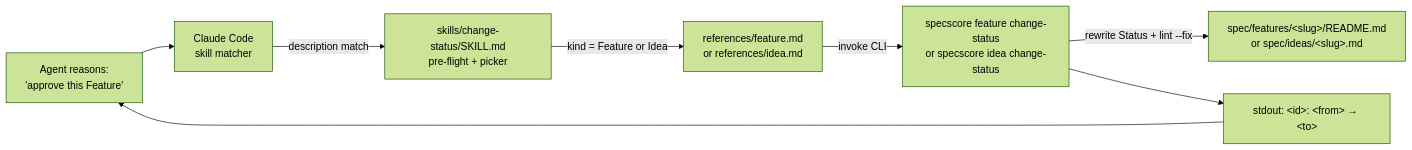
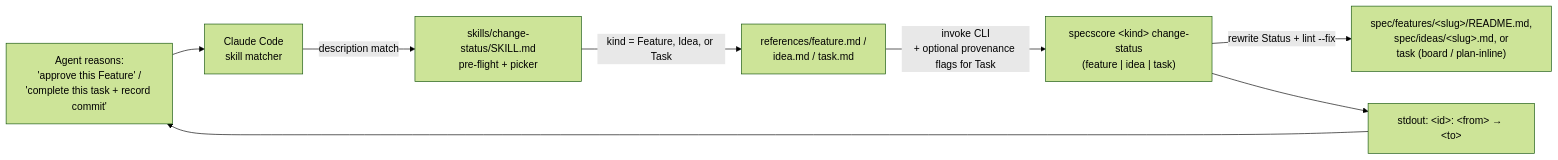
The diagram in spec/features/lifecycle-status-skill/README.md (specscore/ai-plugin-specscore), drawn with Mermaid (forest theme) before and after one commit. The commit also changed other lines of this file and 5 other files, not shown here.

First line of the commit message:
change-status skill: Task-kind dispatch + lifecycle-status-skill spec (#12)

````diff
--- a/spec/features/lifecycle-status-skill/README.md
+++ b/spec/features/lifecycle-status-skill/README.md
@@ -119,18 +122,18 @@
 ```mermaid
 graph LR
-    A["Agent reasons:<br/>'approve this Feature'"]
+    A["Agent reasons:<br/>'approve this Feature' /<br/>'complete this task + record commit'"]
     B["Claude Code<br/>skill matcher"]
     C["skills/change-status/SKILL.md<br/>pre-flight + picker"]
-    D["references/feature.md<br/>or references/idea.md"]
-    E["specscore feature change-status<br/>or specscore idea change-status"]
-    F["spec/features/&lt;slug&gt;/README.md<br/>or spec/ideas/&lt;slug&gt;.md"]
+    D["references/feature.md /<br/>idea.md / task.md"]
+    E["specscore &lt;kind&gt; change-status<br/>(feature | idea | task)"]
+    F["spec/features/&lt;slug&gt;/README.md,<br/>spec/ideas/&lt;slug&gt;.md, or<br/>task (board / plan-inline)"]
     G["stdout: &lt;id&gt;: &lt;from&gt; → &lt;to&gt;"]
 
     A --> B
     B -->|description match| C
-    C -->|kind = Feature or Idea| D
-    D -->|invoke CLI| E
+    C -->|kind = Feature, Idea, or Task| D
+    D -->|invoke CLI<br/>+ optional provenance flags for Task| E
     E -->|rewrite Status + lint --fix| F
     E --> G
     G --> A
 ```
````
